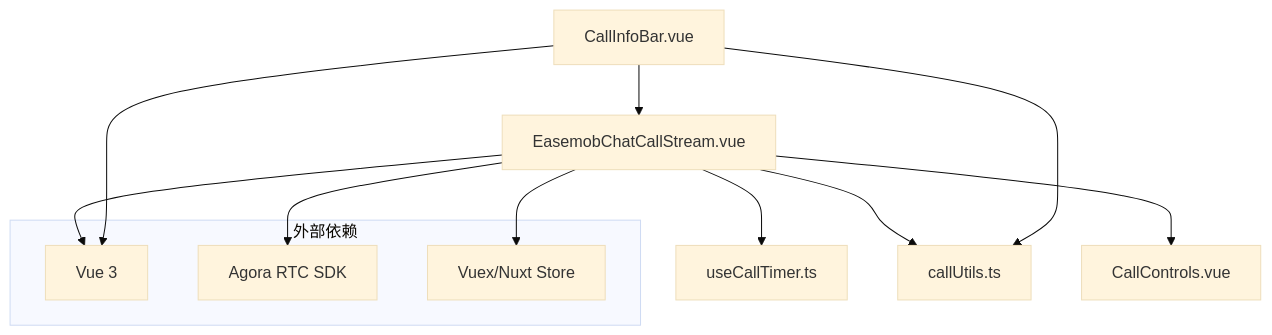
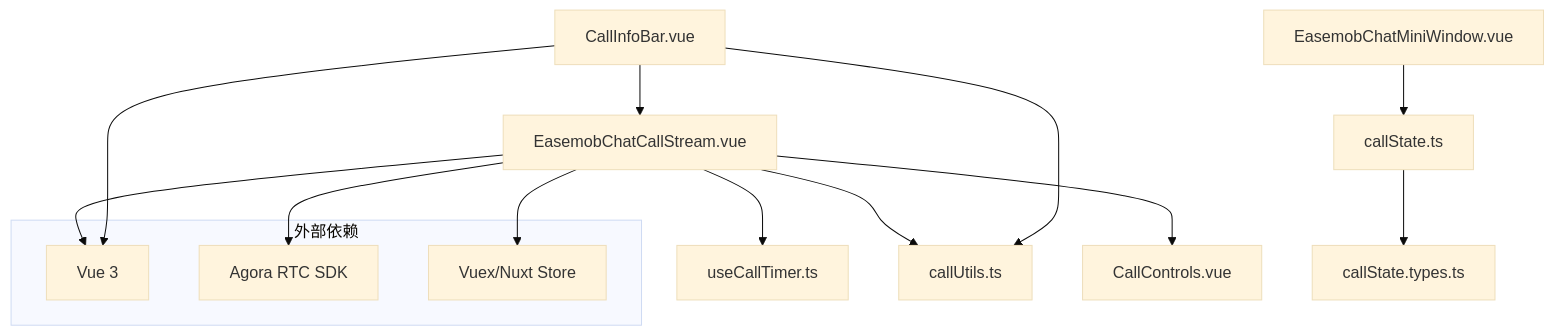
One commit to Easemob-Community/easemob-uikit-callkit-vue3 changed the ninth of 10 diagrams in .qoder/repowiki/zh/content/核心组件/单人通话组件/通话信息栏 CallInfoBar.md. Above: the diagram before and after it, drawn with Mermaid (base theme). The commit also changed other lines of this file and 58 other files, not shown here.

````diff
--- a/.qoder/repowiki/zh/content/核心组件/单人通话组件/通话信息栏 CallInfoBar.md
+++ b/.qoder/repowiki/zh/content/核心组件/单人通话组件/通话信息栏 CallInfoBar.md
@@ -313,17 +379,19 @@
 ```mermaid
 graph TD
 CallInfoBar[CallInfoBar.vue] --> CallStream[EasemobChatCallStream.vue]
 CallStream --> CallTimer[useCallTimer.ts]
 CallStream --> CallUtils[callUtils.ts]
 CallStream --> CallControls[CallControls.vue]
 CallInfoBar --> CallUtils
+CallState[callState.ts] --> CallTypes[callState.types.ts]
+MiniWindow[EasemobChatMiniWindow.vue] --> CallState
 subgraph "外部依赖"
 Vue[Vue 3]
 AgoraRTC[Agora RTC SDK]
 Store[Vuex/Nuxt Store]
 end
 CallStream --> Vue
 CallStream --> AgoraRTC
 CallStream --> Store
 CallInfoBar --> Vue
 ```
````
